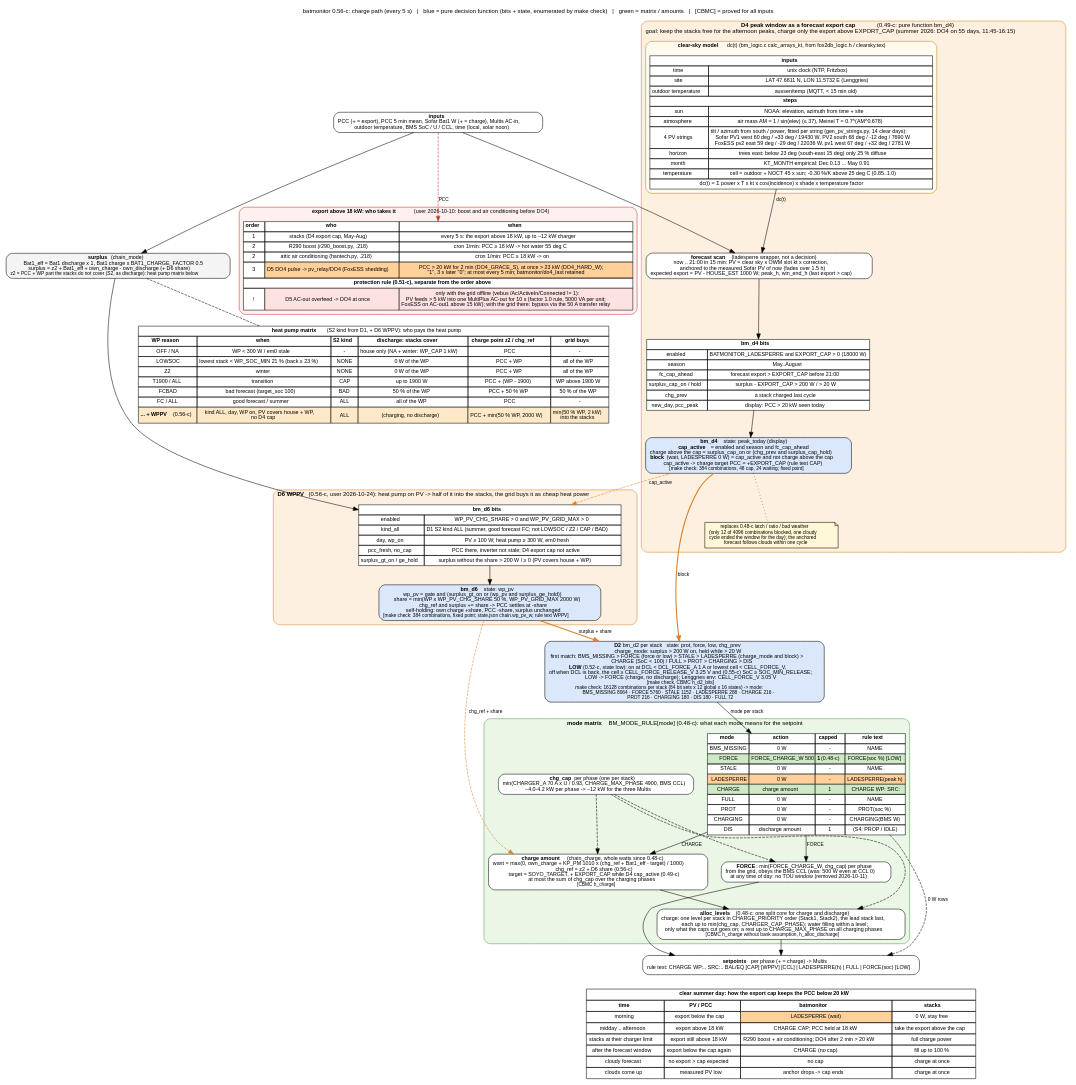
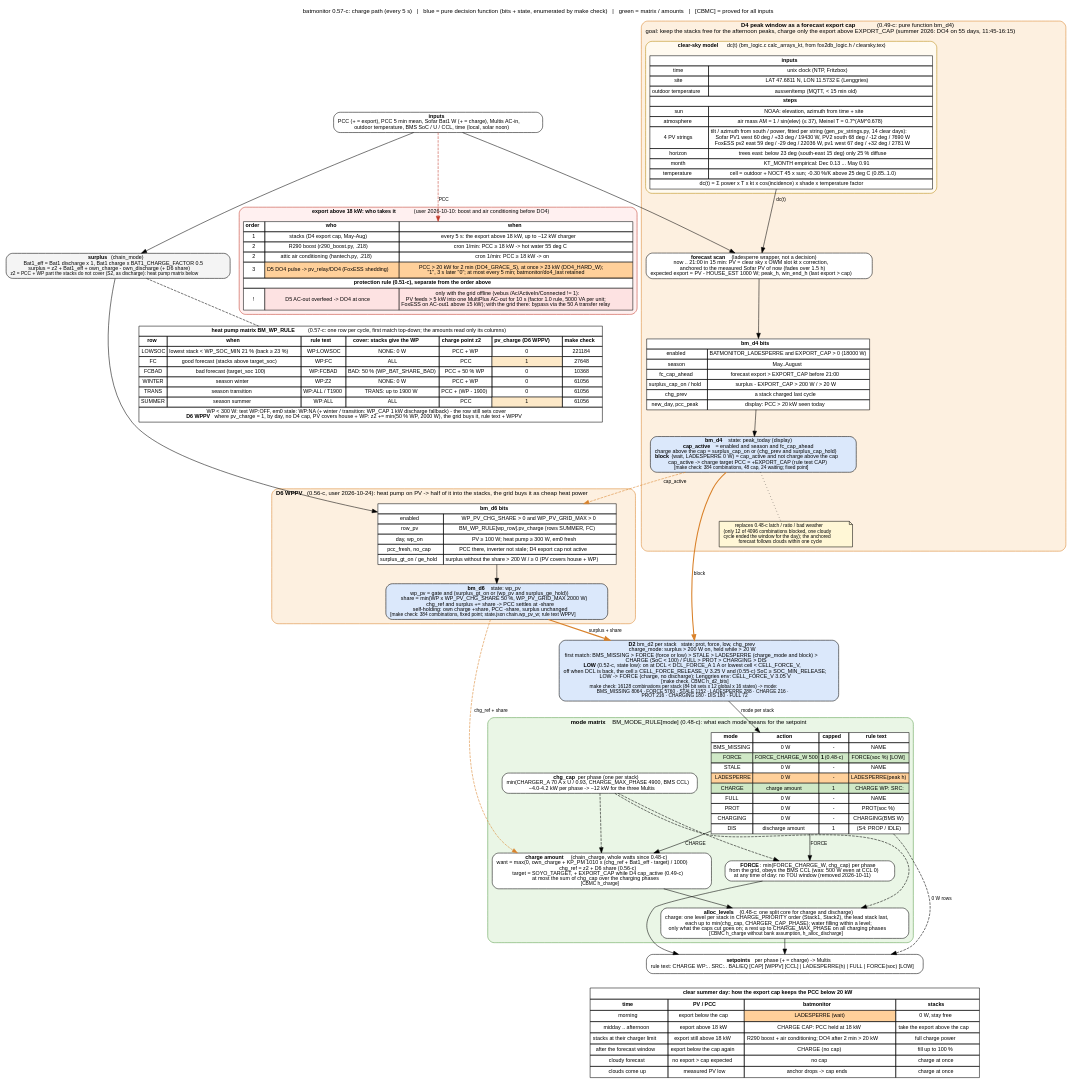
Before and after one commit to gerontec/victron: the diagram in docs/charge_flow.dot, drawn with Graphviz. The commit also changed 14 other files, not shown here.

Commit message:
batmonitor 0.57-c: heat pump rules in one table BM_WP_RULE (row -> rule text, cover, pv_charge) instead of the reason and kind chains; fuzz-compare identical to 0.56-c, make check proves row = old chains

```diff
--- a/docs/charge_flow.dot
+++ b/docs/charge_flow.dot
@@ -1,9 +1,9 @@
-// batmonitor 0.56-c: charge path of one cycle as decision matrices, with the summer peak window (D4 LADESPERRE)
+// batmonitor 0.57-c: charge path of one cycle as decision matrices, with the summer peak window (D4 LADESPERRE)
 // that keeps the stacks free in the morning so they take the midday PV and the PCC export stays below 20 kW.
 // render: dot -Tpdf charge_flow.dot -o charge_flow.pdf   (or -Tpng)
 digraph charge {
 	graph [rankdir=TB, fontname="Helvetica", fontsize=11, nodesep=0.35, ranksep=0.35, newrank=true,
-		   label="batmonitor 0.56-c: charge path (every 5 s)   |   blue = pure decision function (bits + state, enumerated by make check)   |   green = matrix / amounts   |   [CBMC] = proved for all inputs",
+		   label="batmonitor 0.57-c: charge path (every 5 s)   |   blue = pure decision function (bits + state, enumerated by make check)   |   green = matrix / amounts   |   [CBMC] = proved for all inputs",
 		   labelloc=t];
 	node [shape=box, style="rounded,filled", fillcolor="#f4f4f4", fontname="Helvetica", fontsize=10];
 	edge [fontname="Helvetica", fontsize=9];
@@ -19,7 +19,7 @@
 			<table border="0" cellborder="1" cellspacing="0" cellpadding="3" bgcolor="#ffffff">
 			<tr><td colspan="2"><b>bm_d6 bits</b></td></tr>
 			<tr><td>enabled</td><td>WP_PV_CHG_SHARE &gt; 0 and WP_PV_GRID_MAX &gt; 0</td></tr>
-			<tr><td>kind_all</td><td>D1 S2 kind ALL (summer, good forecast FC; not LOWSOC / Z2 / CAP / BAD)</td></tr>
+			<tr><td>row_pv</td><td>BM_WP_RULE[wp_row].pv_charge (rows SUMMER, FC)</td></tr>
 			<tr><td>day, wp_on</td><td>PV &ge; 100 W; heat pump &ge; 300 W, em0 fresh</td></tr>
 			<tr><td>pcc_fresh, no_cap</td><td>PCC there, inverter not stale; D4 export cap not active</td></tr>
 			<tr><td>surplus_gt_on / ge_hold</td><td>surplus without the share &gt; 200 W / &ge; 0 (PV covers house + WP)</td></tr>
@@ -30,15 +30,16 @@
 
 	wpm [shape=plain, label=<
 			<table border="0" cellborder="1" cellspacing="0" cellpadding="3" bgcolor="#ffffff">
-			<tr><td colspan="6"><b>heat pump matrix</b> (S2 kind from D1, + D6 WPPV): who pays the heat pump</td></tr>
-			<tr><td><b>WP reason</b></td><td><b>when</b></td><td><b>S2 kind</b></td><td><b>discharge: stacks cover</b></td><td><b>charge point z2 / chg_ref</b></td><td><b>grid buys</b></td></tr>
-			<tr><td>OFF / NA</td><td>WP &lt; 300 W / em0 stale</td><td>-</td><td>house only (NA + winter: WP_CAP 1 kW)</td><td>PCC</td><td>-</td></tr>
-			<tr><td>LOWSOC</td><td>lowest stack &lt; WP_SOC_MIN 21 % (back &ge; 23 %)</td><td>NONE</td><td>0 W of the WP</td><td>PCC + WP</td><td>all of the WP</td></tr>
-			<tr><td>Z2</td><td>winter</td><td>NONE</td><td>0 W of the WP</td><td>PCC + WP</td><td>all of the WP</td></tr>
-			<tr><td>T1900 / ALL</td><td>transition</td><td>CAP</td><td>up to 1900 W</td><td>PCC + (WP - 1900)</td><td>WP above 1900 W</td></tr>
-			<tr><td>FCBAD</td><td>bad forecast (target_soc 100)</td><td>BAD</td><td>50 % of the WP</td><td>PCC + 50 % WP</td><td>50 % of the WP</td></tr>
-			<tr><td>FC / ALL</td><td>good forecast / summer</td><td>ALL</td><td>all of the WP</td><td>PCC</td><td>-</td></tr>
-			<tr><td bgcolor="#fde9c8"><b>... + WPPV</b> (0.56-c)</td><td bgcolor="#fde9c8">kind ALL, day, WP on, PV covers house + WP,<br/>no D4 cap</td><td bgcolor="#fde9c8">ALL</td><td bgcolor="#fde9c8">(charging, no discharge)</td><td bgcolor="#fde9c8">PCC + min(50 % WP, 2000 W)</td><td bgcolor="#fde9c8">min(50 % WP, 2 kW)<br/>into the stacks</td></tr>
+			<tr><td colspan="7"><b>heat pump matrix BM_WP_RULE</b> (0.57-c: one row per cycle, first match top-down; the amounts read only its columns)</td></tr>
+			<tr><td><b>row</b></td><td><b>when</b></td><td><b>rule text</b></td><td><b>cover: stacks give the WP</b></td><td><b>charge point z2</b></td><td><b>pv_charge (D6 WPPV)</b></td><td><b>make check</b></td></tr>
+			<tr><td>LOWSOC</td><td>lowest stack &lt; WP_SOC_MIN 21 % (back &ge; 23 %)</td><td>WP:LOWSOC</td><td>NONE: 0 W</td><td>PCC + WP</td><td>0</td><td>221184</td></tr>
+			<tr><td>FC</td><td>good forecast (stacks above target_soc)</td><td>WP:FC</td><td>ALL</td><td>PCC</td><td bgcolor="#fde9c8">1</td><td>27648</td></tr>
+			<tr><td>FCBAD</td><td>bad forecast (target_soc 100)</td><td>WP:FCBAD</td><td>BAD: 50 % (WP_BAT_SHARE_BAD)</td><td>PCC + 50 % WP</td><td>0</td><td>10368</td></tr>
+			<tr><td>WINTER</td><td>season winter</td><td>WP:Z2</td><td>NONE: 0 W</td><td>PCC + WP</td><td>0</td><td>61056</td></tr>
+			<tr><td>TRANS</td><td>season transition</td><td>WP:ALL / T1900</td><td>TRANS: up to 1900 W</td><td>PCC + (WP - 1900)</td><td>0</td><td>61056</td></tr>
+			<tr><td>SUMMER</td><td>season summer</td><td>WP:ALL</td><td>ALL</td><td>PCC</td><td bgcolor="#fde9c8">1</td><td>61056</td></tr>
+			<tr><td colspan="7">WP &lt; 300 W: text WP:OFF, em0 stale: WP:NA (+ winter / transition: WP_CAP 1 kW discharge fallback) - the row still sets cover<br/>
+			<b>D6 WPPV</b> where pv_charge = 1, by day, no D4 cap, PV covers house + WP: z2 += min(50 % WP, 2000 W), the grid buys it, rule text + WPPV</td></tr>
 			</table>>];
 
 	subgraph cluster_d4 {
```
